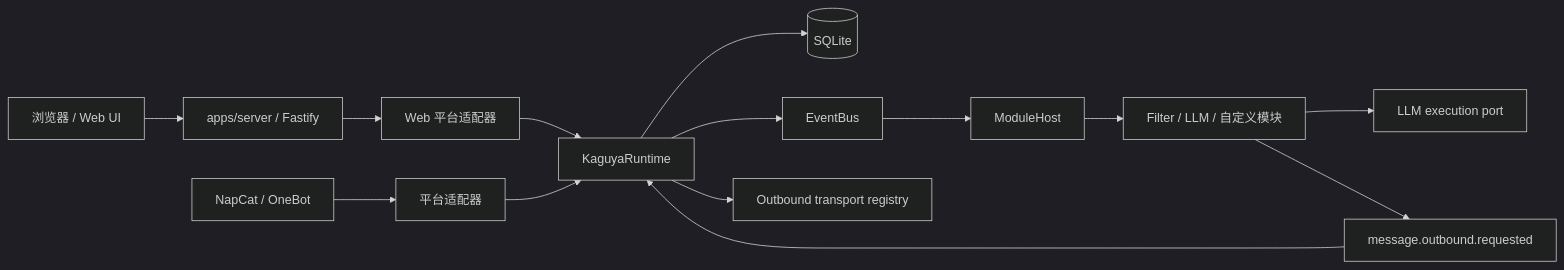
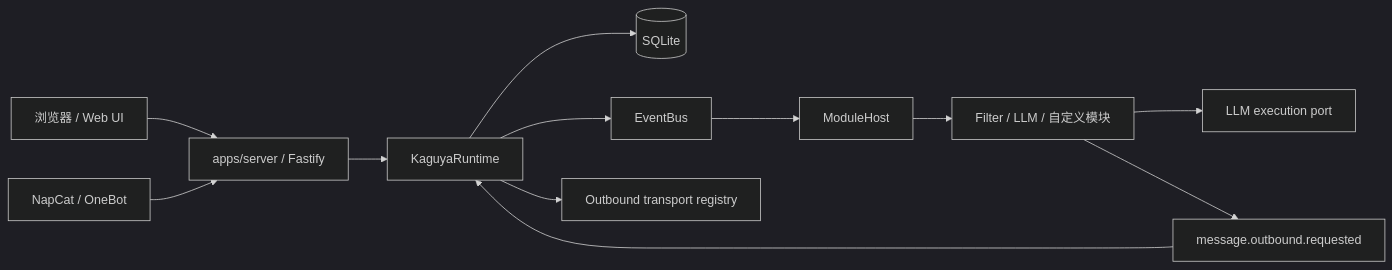
One commit to posanbu/Kaguya changed the first of 2 diagrams in docs/developers/architecture.md. Above: the diagram before and after it, drawn with Mermaid (dark theme). The commit also changed other lines of this file and 229 other files, not shown here.

````diff
--- a/docs/developers/architecture.md
+++ b/docs/developers/architecture.md
@@ -14,16 +12,14 @@
 ```mermaid
 flowchart LR
   Browser[浏览器 / Web UI] --> Server[apps/server / Fastify]
-  NapCat[NapCat / OneBot] --> Adapter[平台适配器]
-  Server --> WebAdapter[Web 平台适配器]
-  WebAdapter --> Runtime[KaguyaRuntime]
-  Adapter --> Runtime
+  NapCat[NapCat / OneBot] --> Server
+  Server --> Runtime[KaguyaRuntime]
   Runtime --> DB[(SQLite)]
   Runtime --> Bus[EventBus]
   Bus --> Host[ModuleHost]
   Host --> Modules[Filter / LLM / 自定义模块]
   Modules --> LLM[LLM execution port]
   Modules --> Outbound[message.outbound.requested]
   Outbound --> Runtime
   Runtime --> Transport[Outbound transport registry]
 ```
````
